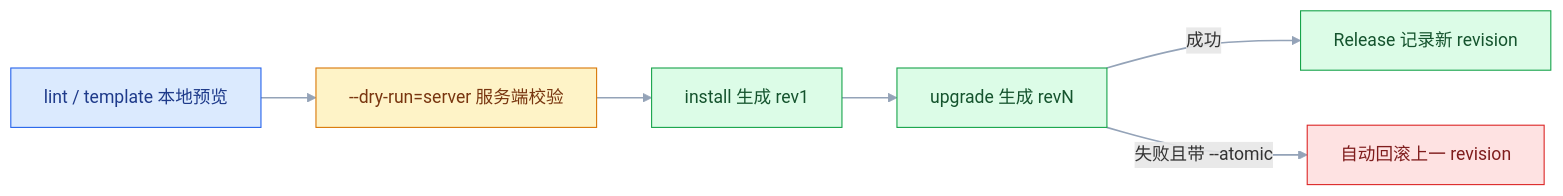
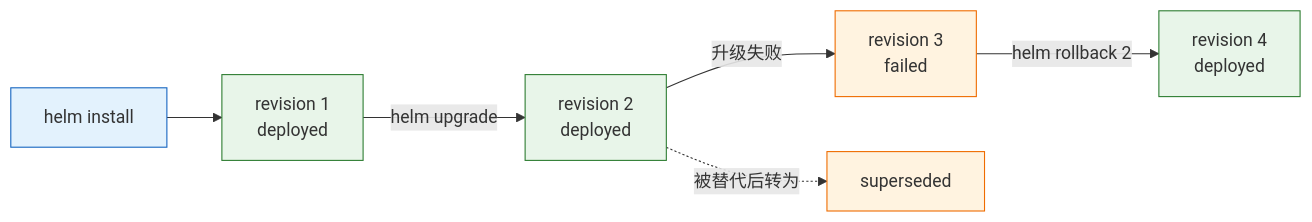
Before and after one commit to jimbosuper/studynotes: the second of 3 diagrams in blog/src/notes/07-运维/03-容器与编排/06-Kubernetes包管理器.md, drawn with Mermaid. The commit also changed other lines of this file and 367 other files, not shown here.

````diff
--- a/blog/src/notes/07-运维/03-容器与编排/06-Kubernetes包管理器.md
+++ b/blog/src/notes/07-运维/03-容器与编排/06-Kubernetes包管理器.md
@@ -832,14 +394,14 @@
 ```mermaid
 flowchart LR
-    classDef client fill:#DBEAFE,stroke:#2563EB,color:#1E3A8A
-    classDef service fill:#DCFCE7,stroke:#16A34A,color:#14532D
-    classDef warn fill:#FEF3C7,stroke:#D97706,color:#78350F
-    classDef bad fill:#FEE2E2,stroke:#DC2626,color:#7F1D1D
-
-    L["lint / template 本地预览"]:::client --> D["--dry-run=server 服务端校验"]:::warn
-    D --> I["install 生成 rev1"]:::service
-    I --> U["upgrade 生成 revN"]:::service
-    U -->|"成功"| OK["Release 记录新 revision"]:::service
-    U -->|"失败且带 --atomic"| RB["自动回滚上一 revision"]:::bad
-    linkStyle default stroke:#94A3B8,stroke-width:1.5px
+    I["helm install"] --> R1["revision 1<br/>deployed"]
+    R1 -->|"helm upgrade"| R2["revision 2<br/>deployed"]
+    R2 -->|"升级失败"| RF["revision 3<br/>failed"]
+    RF -->|"helm rollback 2"| R3["revision 4<br/>deployed"]
+    R2 -.->|"被替代后转为"| S["superseded"]
+    classDef client fill:#e3f2fd,stroke:#1565c0;
+    classDef engine fill:#e8f5e9,stroke:#2e7d32;
+    classDef image fill:#fff3e0,stroke:#ef6c00;
+    class I client
+    class R1,R2,R3 engine
+    class RF,S image
 ```
````
